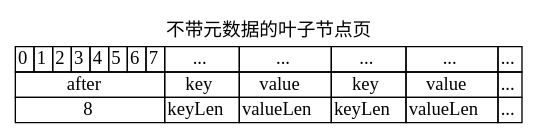
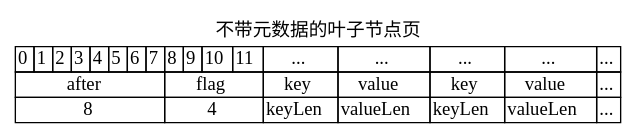
The sixth of 6 diagrams in doc/3-索引存储引擎.md (rectcircle/course-design-DBMS), drawn with Graphviz before and after one commit. The commit also changed other lines of this file and 12 other files, not shown here.

````diff
--- a/doc/3-索引存储引擎.md
+++ b/doc/3-索引存储引擎.md
@@ -683,46 +686,52 @@
 ```dot
 digraph LRUCache {
   label = "不带元数据的叶子节点页";
   labelloc = "t"
   node [
     shape="record"
     fixedsize=false
     width="5"
   ]
 
   test [shape = none, margin = 0,label=<
   <TABLE BORDER="0" CELLBORDER="1" CELLSPACING="0" CELLPADDING="1">
     <TR>
       <TD>0</TD>
       <TD>1</TD>
       <TD>2</TD>
       <TD>3</TD>
       <TD>4</TD>
       <TD>5</TD>
       <TD>6</TD>
       <TD>7</TD>
+      <TD>8</TD>
+      <TD>9</TD>
+      <TD>10</TD>
+      <TD>11</TD>
       <TD>...</TD>
       <TD>...</TD>
       <TD>...</TD>
       <TD>...</TD>
       <TD>...</TD>
     </TR>
     <TR>
       <TD COLSPAN="8">after</TD>
+      <TD COLSPAN="4">flag</TD>
       <TD>key</TD>
       <TD>value</TD>
       <TD>key</TD>
       <TD>value</TD>
       <TD>...</TD>
     </TR>
     <TR>
       <TD COLSPAN="8">8</TD>
+      <TD COLSPAN="4">4</TD>
       <TD>keyLen</TD>
       <TD>valueLen</TD>
       <TD>keyLen</TD>
       <TD>valueLen</TD>
       <TD>...</TD>
     </TR>
     </TABLE>>]
 }
 ```
````
